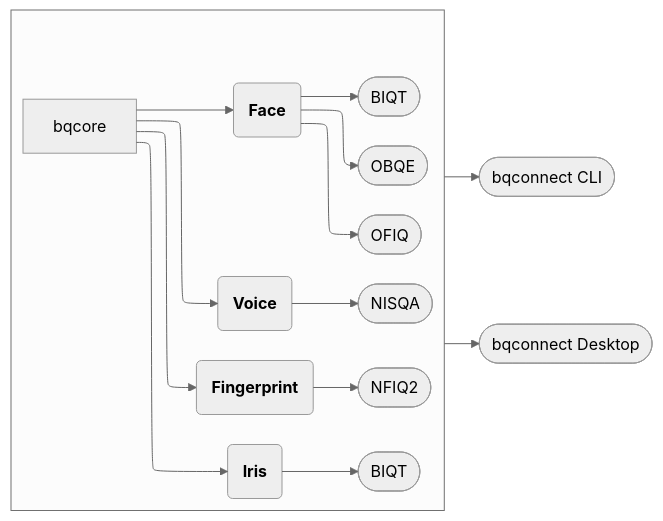
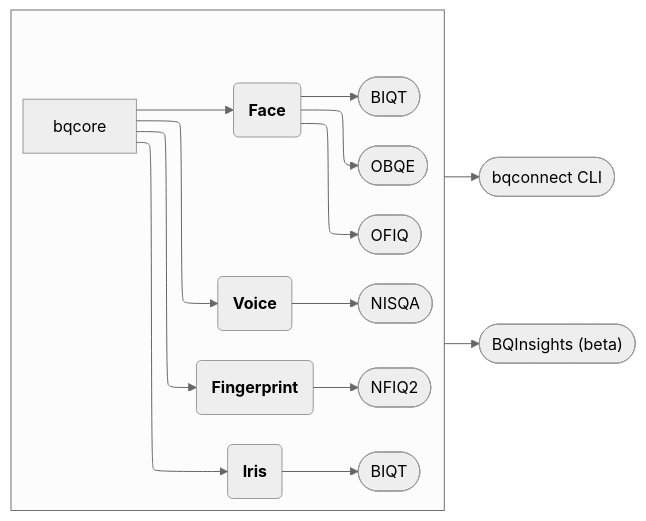
One commit to Open-Source-Biometric-Quality-Framework/Open-Source-Biometric-Quality-Framework.github.io changed the diagram in index/index.md. Above: the diagram before and after it, drawn with Mermaid. The commit also changed 3 other files, not shown here.

````diff
--- a/index/index.md
+++ b/index/index.md
@@ -33,35 +33,35 @@
 ``` mermaid
 ---
 config:
   theme: neutral
   layout: elk
 ---
     graph LR
         subgraph title [ ]
             core[bqcore] --> face("`__Face__`")
             core --> finger("`__Fingerprint__`")
             core --> iris("`__Iris__`")
             core --> voice("`__Voice__`")
             finger --> nfiq([NFIQ2])
             iris --> biqt-iris([BIQT])
             face --> obqe([OBQE])
             face --> ofiq([OFIQ])
             face --> biqt-face([BIQT])
             voice --> nisqa([NISQA])
         end
             title --> cli([bqconnect CLI])
-            title --> desktop([bqconnect Desktop])
+            title --> desktop(["BQInsights (beta)"])
         click finger "http://docs.openbq.io/modalities/fingerprint.html" _blank
         click face "http://docs.openbq.io/modalities/face.html" _blank
         click iris "http://docs.openbq.io/modalities/iris.html" _blank
         click voice "http://docs.openbq.io/modalities/voice.html" _blank
         click cli "https://github.com/Open-Source-Biometric-Quality-Framework/bqConnect-CLI" _blank
         click service "https://github.com/Open-Source-Biometric-Quality-Framework/bqCore-Service" _blank
         click gui "https://github.com/Open-Source-Biometric-Quality-Framework/bqConnect-Desktop" _blank
         click nfiq "https://github.com/usnistgov/NFIQ2" _blank
         click biqt-face "https://github.com/mitre/biqt-face" _blank
         click biqt-iris "https://github.com/mitre/biqt-iris" _blank
         click obqe "https://github.com/Open-Source-Biometric-Quality-Framework" _blank
         click ofiq "https://www.bsi.bund.de/EN/Themen/Unternehmen-und-Organisationen/Informationen-und-Empfehlungen/Freie-Software/OFIQ/OFIQ_node.html" _blank
         click nisqa "https://github.com/gabrielmittag/NISQA" _blank
 ```
````
